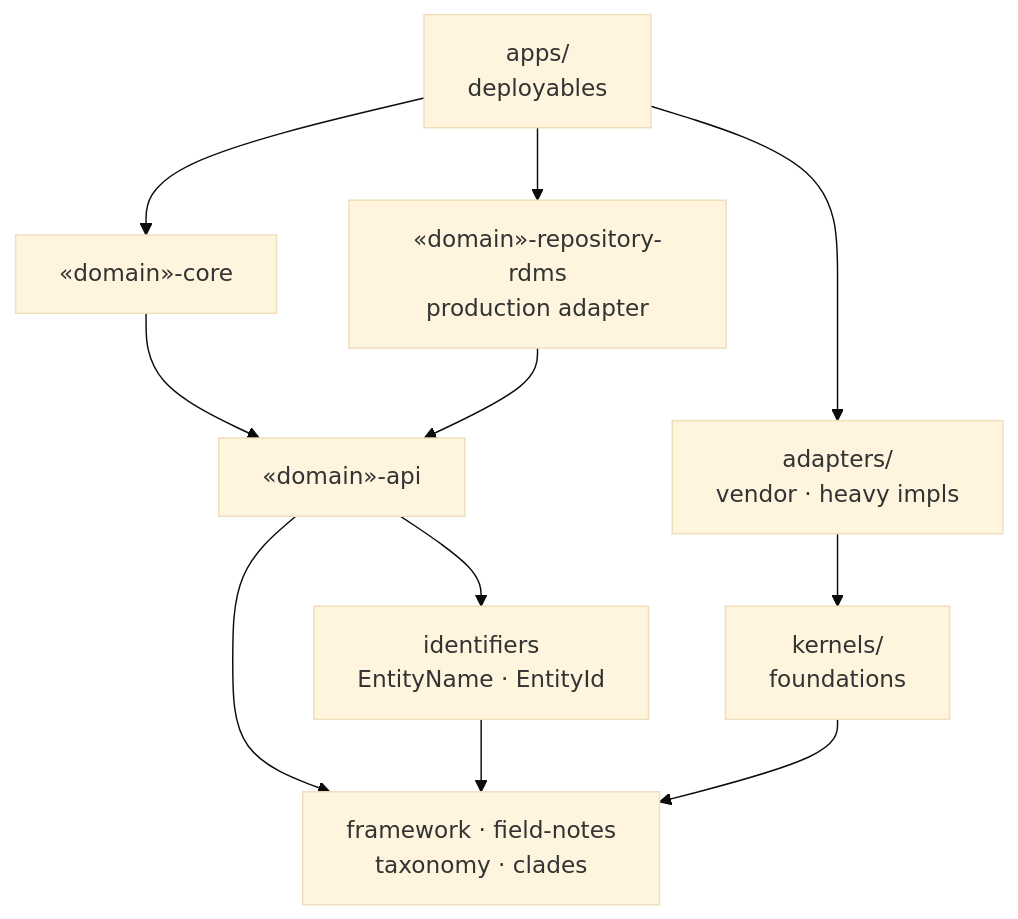
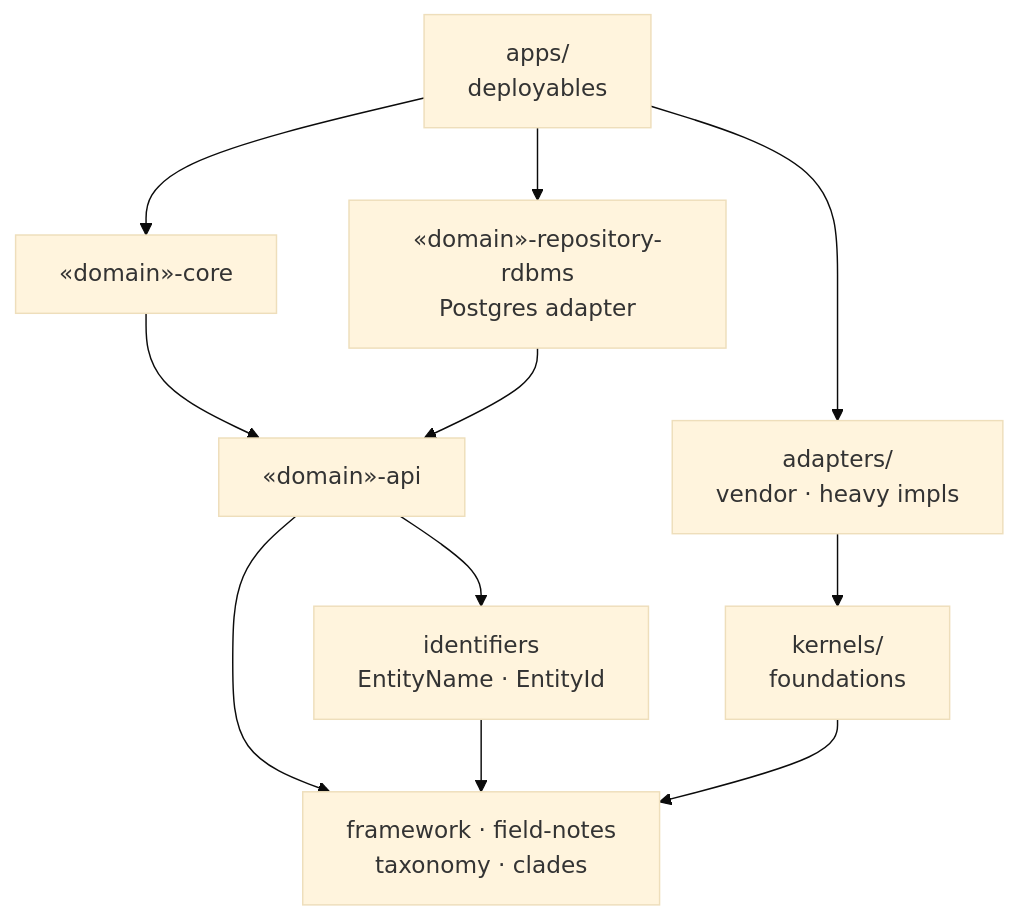
One commit to pway99/naturalist changed the first of 3 diagrams in README.md. Above: the diagram before and after it, drawn with Mermaid (base theme). The commit also changed other lines of this file, not shown here.

````diff
--- a/README.md
+++ b/README.md
@@ -66,22 +87,22 @@
 ```mermaid
 graph TD
     apps["apps/<br/>deployables"]
     adapters["adapters/<br/>vendor · heavy impls"]
     core["«domain»-core"]
-    rdms["«domain»-repository-rdms<br/>production adapter"]
+    rdbms["«domain»-repository-rdbms<br/>Postgres adapter"]
     api["«domain»-api"]
     identifiers["identifiers<br/>EntityName · EntityId"]
     kernels["kernels/<br/>foundations"]
     framework["framework · field-notes<br/>taxonomy · clades"]
 
     apps --> adapters
     apps --> core
-    apps --> rdms
+    apps --> rdbms
     adapters --> kernels
     core --> api
-    rdms --> api
+    rdbms --> api
     api --> identifiers
     api --> framework
     identifiers --> framework
     kernels --> framework
 ```
````
